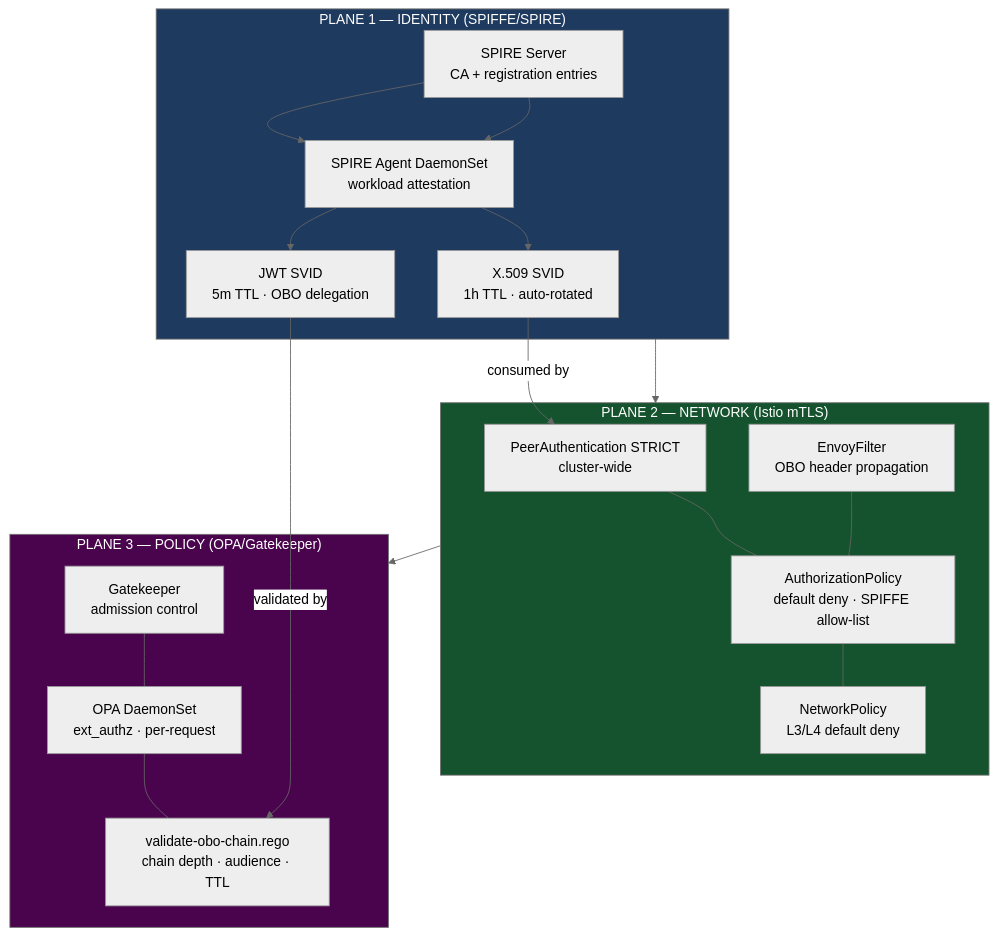
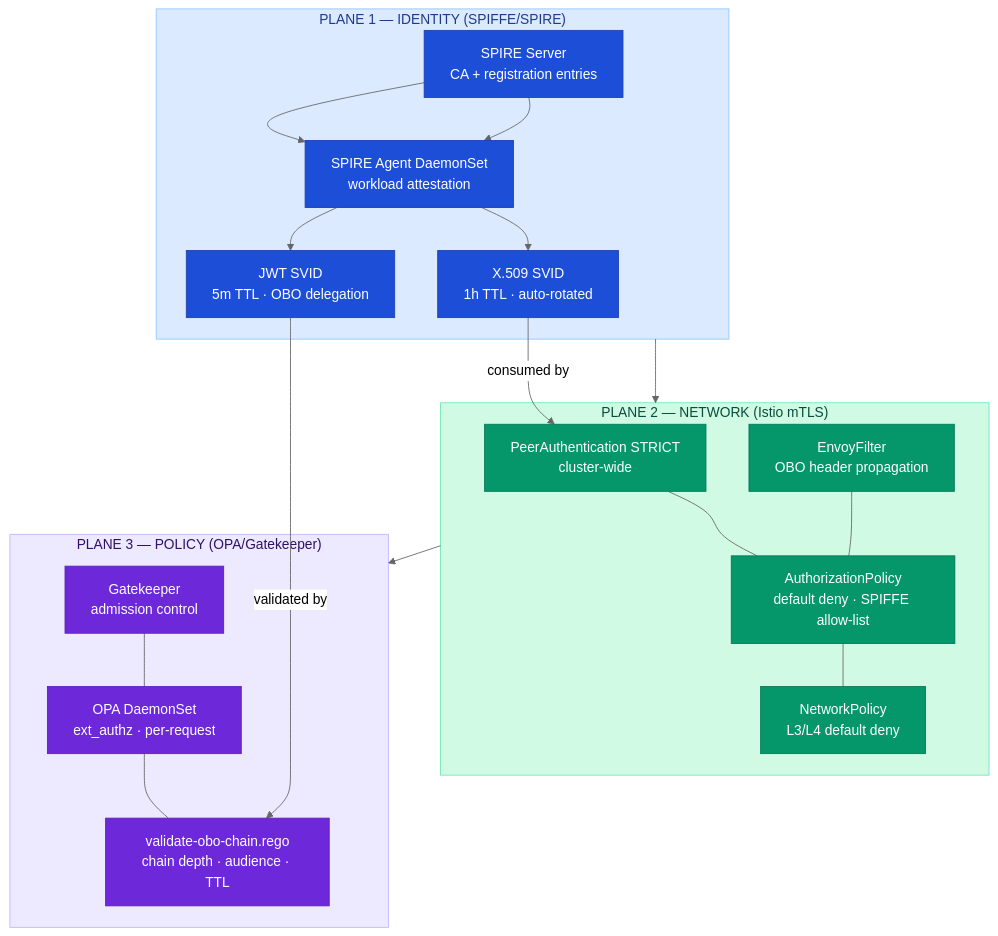
One commit to naren-chakraview/chakraview-zero-trust-blueprint changed the first of 3 diagrams in docs/index.md. Above: the diagram before and after it, drawn with Mermaid (neutral theme).

Commit message:
Fix three-plane diagram color contrast
Light subgraph backgrounds (blue-100/emerald-100/violet-100) with dark
label text replace dark fills. Node boxes use saturated plane colors
(blue-700/emerald-600/violet-700) with white text throughout.

````diff
--- a/docs/index.md
+++ b/docs/index.md
@@ -15,35 +15,49 @@
 ```mermaid
 graph TB
     subgraph PLANE1["PLANE 1 — IDENTITY (SPIFFE/SPIRE)"]
         SPIRE["SPIRE Server\nCA + registration entries"]
         AGENT["SPIRE Agent DaemonSet\nworkload attestation"]
         SVID["X.509 SVID\n1h TTL · auto-rotated"]
         JWT["JWT SVID\n5m TTL · OBO delegation"]
         SPIRE --> AGENT --> SVID
         SPIRE --> AGENT --> JWT
     end
 
     subgraph PLANE2["PLANE 2 — NETWORK (Istio mTLS)"]
         PA["PeerAuthentication STRICT\ncluster-wide"]
         AP["AuthorizationPolicy\ndefault deny · SPIFFE allow-list"]
         NP["NetworkPolicy\nL3/L4 default deny"]
         OBO_FILTER["EnvoyFilter\nOBO header propagation"]
         PA --- AP --- NP
         OBO_FILTER --- AP
     end
 
     subgraph PLANE3["PLANE 3 — POLICY (OPA/Gatekeeper)"]
         GK["Gatekeeper\nadmission control"]
         OPA["OPA DaemonSet\next_authz · per-request"]
         OBO_POLICY["validate-obo-chain.rego\nchain depth · audience · TTL"]
         GK --- OPA --- OBO_POLICY
     end
 
     SVID -->|"consumed by"| PA
     JWT -->|"validated by"| OBO_POLICY
     PLANE1 --> PLANE2 --> PLANE3
 
-    style PLANE1 fill:#1e3a5f,color:#fff
-    style PLANE2 fill:#14532d,color:#fff
-    style PLANE3 fill:#4a044e,color:#fff
+    style PLANE1 fill:#dbeafe,color:#1e3a8a,stroke:#93c5fd
+    style PLANE2 fill:#d1fae5,color:#064e3b,stroke:#6ee7b7
+    style PLANE3 fill:#ede9fe,color:#2e1065,stroke:#c4b5fd
+
+    style SPIRE      fill:#1d4ed8,color:#ffffff,stroke:#1e40af
+    style AGENT      fill:#1d4ed8,color:#ffffff,stroke:#1e40af
+    style SVID       fill:#1d4ed8,color:#ffffff,stroke:#1e40af
+    style JWT        fill:#1d4ed8,color:#ffffff,stroke:#1e40af
+
+    style PA         fill:#059669,color:#ffffff,stroke:#047857
+    style AP         fill:#059669,color:#ffffff,stroke:#047857
+    style NP         fill:#059669,color:#ffffff,stroke:#047857
+    style OBO_FILTER fill:#059669,color:#ffffff,stroke:#047857
+
+    style GK         fill:#6d28d9,color:#ffffff,stroke:#5b21b6
+    style OPA        fill:#6d28d9,color:#ffffff,stroke:#5b21b6
+    style OBO_POLICY fill:#6d28d9,color:#ffffff,stroke:#5b21b6
 ```
````
